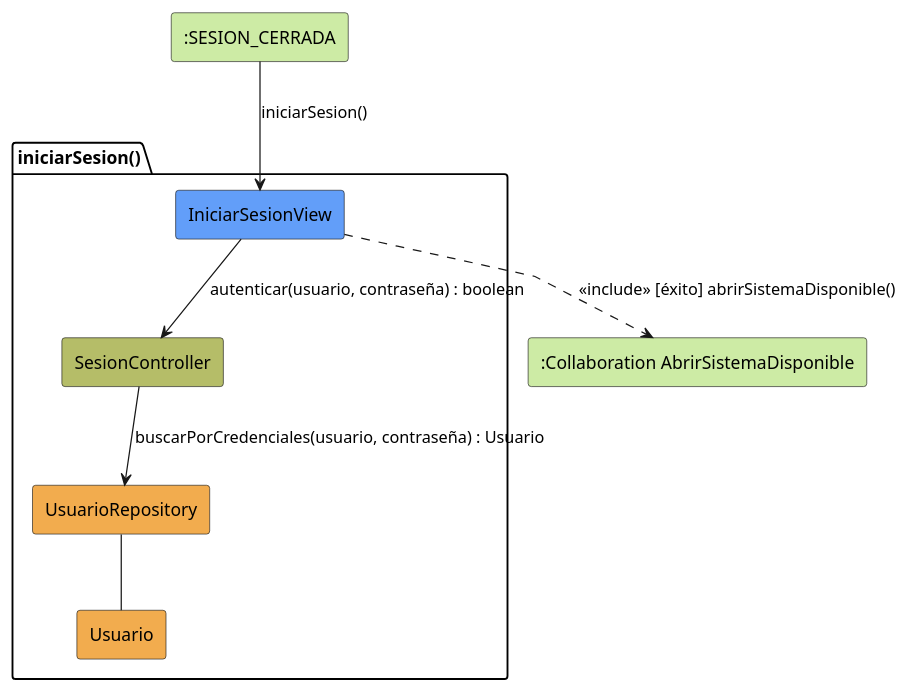
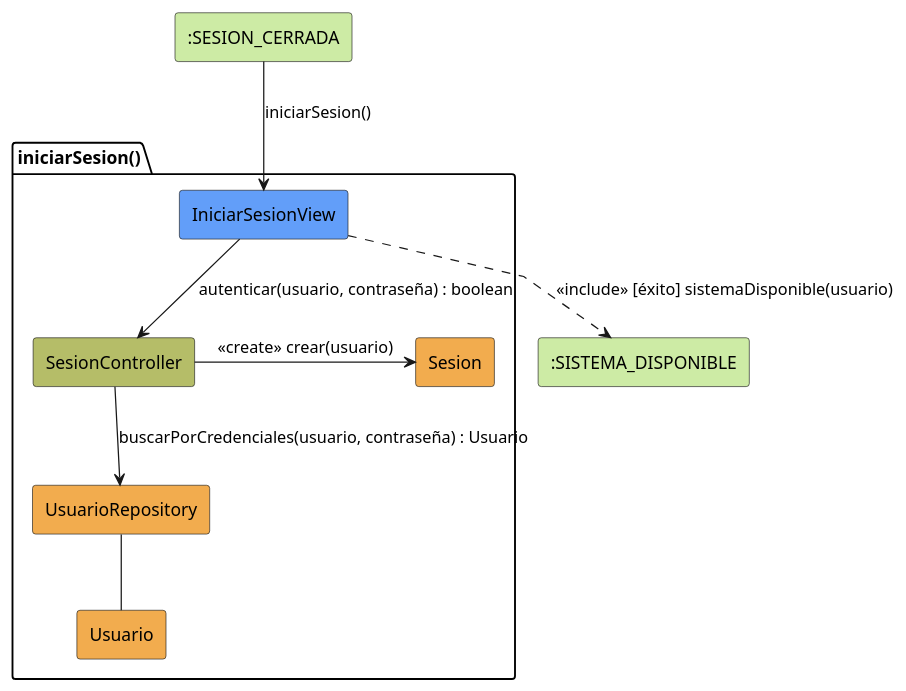
Before and after one commit to Pareyor/25-26-idsw2-sdVC: the diagram in modelosUML/analisis/iniciarSesion/colaboracion.puml, drawn with PlantUML. The commit also changed 1 other file, not shown here.

Commit message:
fix: Corrige dos relaciones en iniciarSesion

```diff
--- a/modelosUML/analisis/iniciarSesion/colaboracion.puml
+++ b/modelosUML/analisis/iniciarSesion/colaboracion.puml
@@ -1,24 +1,26 @@
 @startuml iniciarSesion-analisis
 skinparam linetype polyline
 
 rectangle #CDEBA5 ":SESION_CERRADA" as SesionCerrada
-rectangle #CDEBA5 ":Collaboration AbrirSistemaDisponible" as AbrirSistemaDisponible
+rectangle #CDEBA5 ":SISTEMA_DISPONIBLE" as SistemaDisponible
 
 package iniciarSesion as "iniciarSesion()" {
     rectangle #629EF9 IniciarSesionView
     rectangle #b5bd68 SesionController
     rectangle #F2AC4E UsuarioRepository
     rectangle #F2AC4E Usuario
+    rectangle #F2AC4E Sesion
 }
 
 SesionCerrada --> IniciarSesionView: iniciarSesion()
 
 IniciarSesionView -d-> SesionController: autenticar(usuario, contraseña) : boolean
 
 SesionController --> UsuarioRepository: buscarPorCredenciales(usuario, contraseña) : Usuario
-
 UsuarioRepository -- Usuario
 
-IniciarSesionView ..> AbrirSistemaDisponible: <<include>> [éxito] abrirSistemaDisponible()
+SesionController -r-> Sesion: <<create>> crear(usuario)
+
+IniciarSesionView ..> SistemaDisponible: <<include>> [éxito] sistemaDisponible(usuario)
 
 @enduml
```
